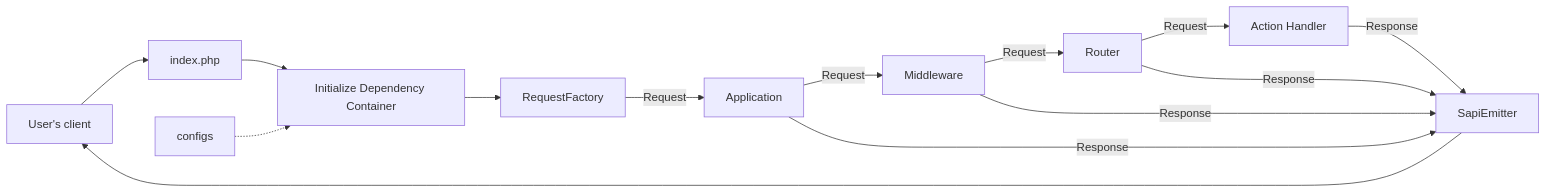
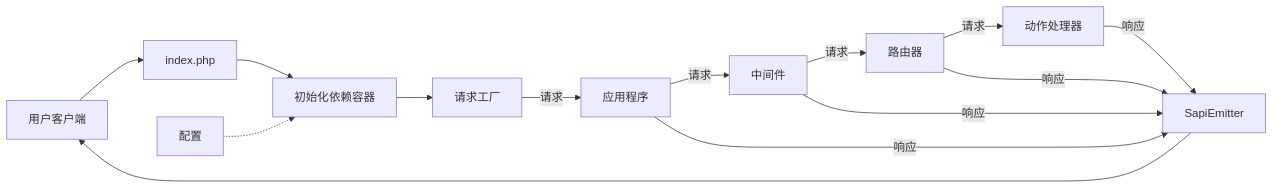
The diagram in src/zh-CN/guide/start/workflow.md (yiisoft/docs), drawn with Mermaid before and after one commit. The commit also changed other lines of this file and 111 other files, not shown here.

````diff
--- a/src/zh-CN/guide/start/workflow.md
+++ b/src/zh-CN/guide/start/workflow.md
@@ -89,16 +70,16 @@
 ```mermaid
 flowchart LR
-  user[User's client] --> index
-  index[index.php] --> DI[Initialize Dependency Container]
-  config[configs] -.-> DI
-  DI --> RequestFactory[RequestFactory]
-  RequestFactory -->|Request| app[Application]
-  app -->|Request| middleware[Middleware]
-  middleware -->|Request| router[Router]
-  router -->|Request| action[Action Handler]
-  action -->|Response| emitter[SapiEmitter]
-  router -->|Response| emitter
-  middleware -->|Response| emitter
-  app -->|Response| emitter
+  user[用户客户端] --> index
+  index[index.php] --> DI[初始化依赖容器]
+  config[配置] -.-> DI
+  DI --> RequestFactory[请求工厂]
+  RequestFactory -->|请求| app[应用程序]
+  app -->|请求| middleware[中间件]
+  middleware -->|请求| router[路由器]
+  router -->|请求| action[动作处理器]
+  action -->|响应| emitter[SapiEmitter]
+  router -->|响应| emitter
+  middleware -->|响应| emitter
+  app -->|响应| emitter
   emitter --> user
 ```
````
